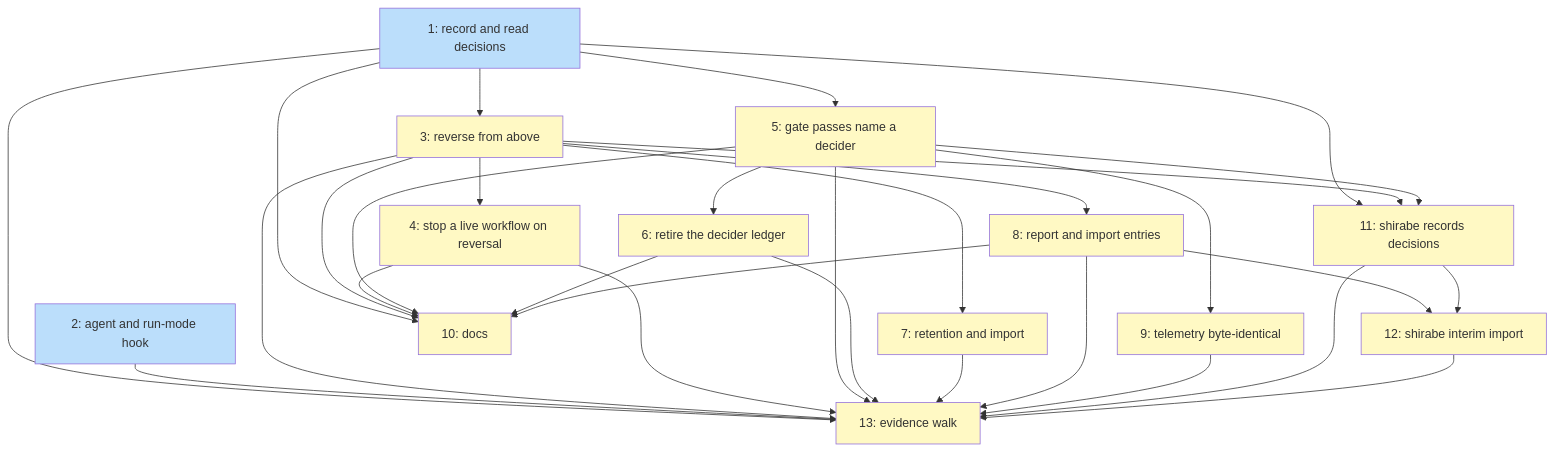
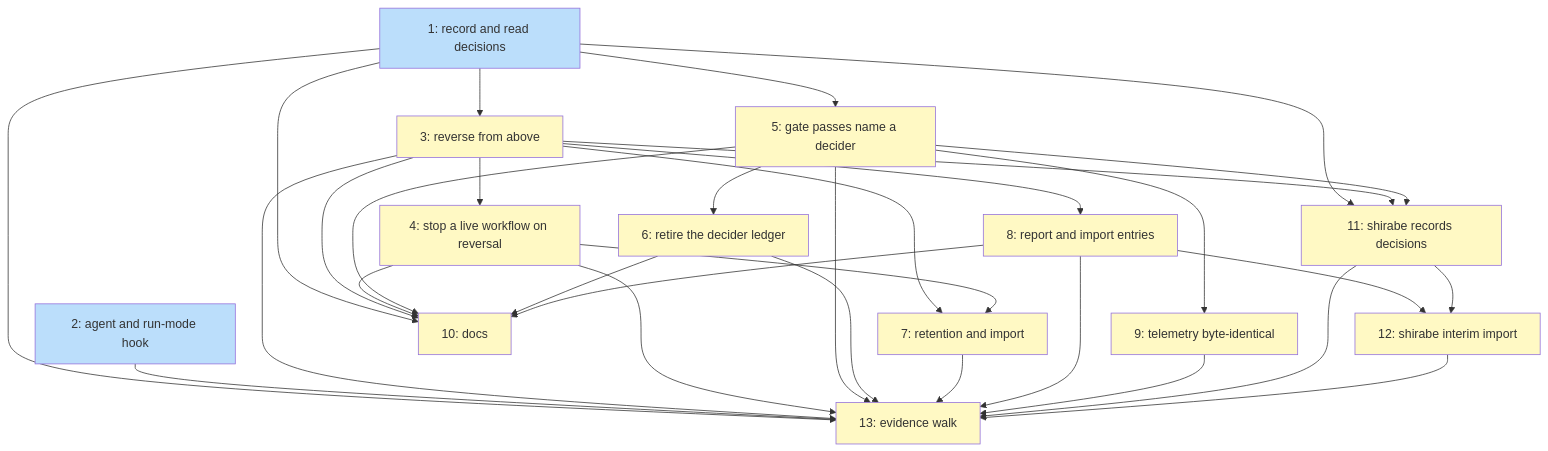
The diagram in docs/plans/PLAN-decision-record.md (tsukumogami/koto), drawn with Mermaid before and after one commit. The commit also changed other lines of this file and 2 other files, not shown here.

````diff
--- a/docs/plans/PLAN-decision-record.md
+++ b/docs/plans/PLAN-decision-record.md
@@ -295,53 +299,54 @@
 ```mermaid
 graph TD
     I1["1: record and read decisions"]
     I2["2: agent and run-mode hook"]
     I3["3: reverse from above"]
     I4["4: stop a live workflow on reversal"]
     I5["5: gate passes name a decider"]
     I6["6: retire the decider ledger"]
     I7["7: retention and import"]
     I8["8: report and import entries"]
     I9["9: telemetry byte-identical"]
     I10["10: docs"]
     I11["11: shirabe records decisions"]
     I12["12: shirabe interim import"]
     I13["13: evidence walk"]
 
     I1 --> I3
     I1 --> I5
     I3 --> I4
     I3 --> I7
+    I4 --> I7
     I3 --> I8
     I5 --> I6
     I5 --> I9
     I1 --> I10
     I3 --> I10
     I4 --> I10
     I5 --> I10
     I6 --> I10
     I8 --> I10
     I1 --> I11
     I3 --> I11
     I5 --> I11
     I8 --> I12
     I11 --> I12
     I1 --> I13
     I2 --> I13
     I3 --> I13
     I4 --> I13
     I5 --> I13
     I6 --> I13
     I7 --> I13
     I8 --> I13
     I9 --> I13
     I11 --> I13
     I12 --> I13
 
     classDef done fill:#c8e6c9
     classDef ready fill:#bbdefb
     classDef blocked fill:#fff9c4
 
     class I1,I2 ready
     class I3,I4,I5,I6,I7,I8,I9,I10,I11,I12,I13 blocked
 ```
````
